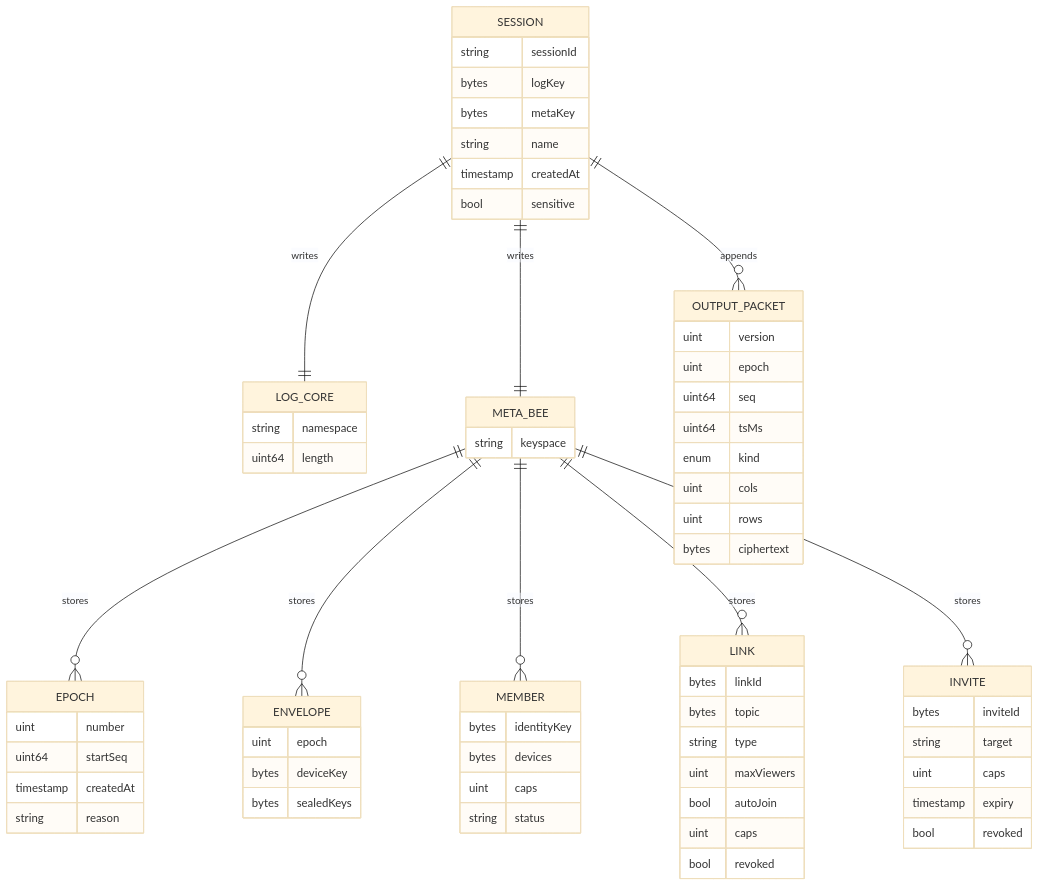
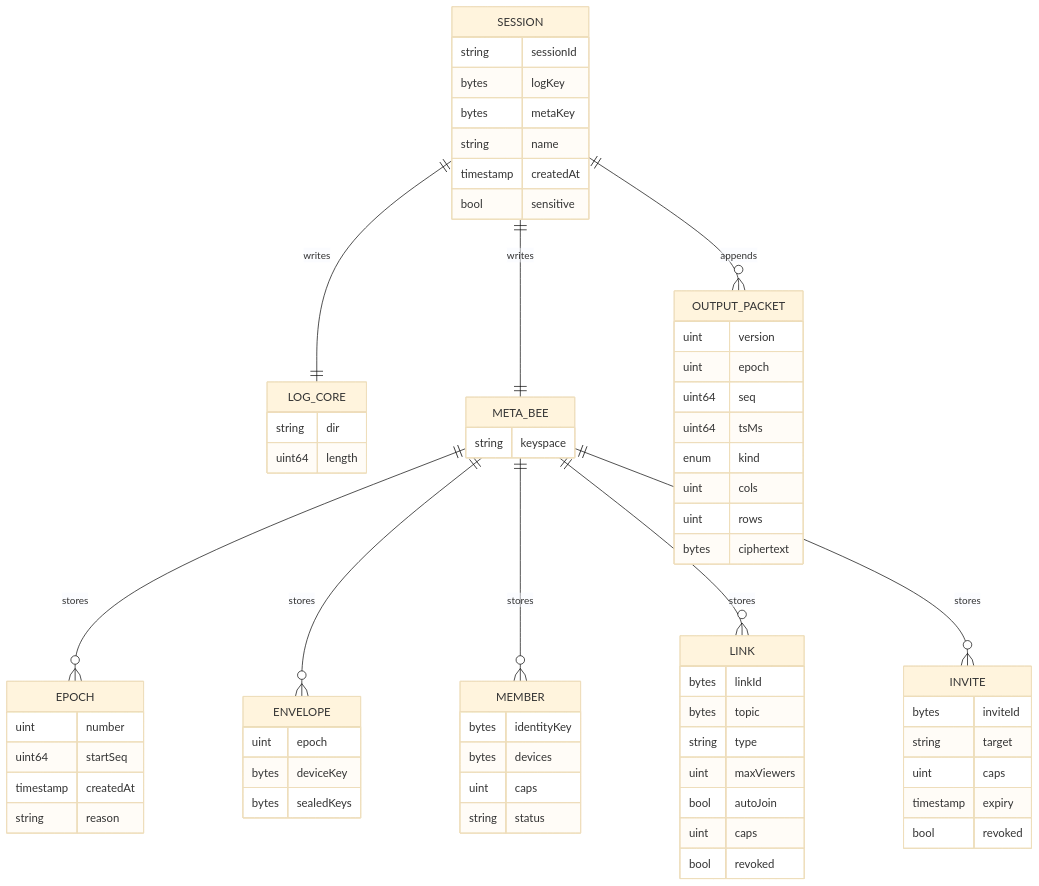
One commit to zevix/zbterm changed the sixth of 19 diagrams in docs/ARCHITECTURE.md. Above: the diagram before and after it, drawn with Mermaid (base theme). The commit also changed other lines of this file and 85 other files, not shown here.

````diff
--- a/docs/ARCHITECTURE.md
+++ b/docs/ARCHITECTURE.md
@@ -576,78 +710,78 @@
 ```mermaid
 erDiagram
   SESSION {
     string sessionId
     bytes logKey
     bytes metaKey
     string name
     timestamp createdAt
     bool sensitive
   }
 
   SESSION ||--|| LOG_CORE : writes
   SESSION ||--|| META_BEE : writes
   SESSION ||--o{ OUTPUT_PACKET : appends
   META_BEE ||--o{ EPOCH : stores
   META_BEE ||--o{ ENVELOPE : stores
   META_BEE ||--o{ MEMBER : stores
   META_BEE ||--o{ LINK : stores
   META_BEE ||--o{ INVITE : stores
 
   LOG_CORE {
-    string namespace
+    string dir
     uint64 length
   }
 
   OUTPUT_PACKET {
     uint version
     uint epoch
     uint64 seq
     uint64 tsMs
     enum kind
     uint cols
     uint rows
     bytes ciphertext
   }
 
   META_BEE {
     string keyspace
   }
 
   EPOCH {
     uint number
     uint64 startSeq
     timestamp createdAt
     string reason
   }
 
   ENVELOPE {
     uint epoch
     bytes deviceKey
     bytes sealedKeys
   }
 
   MEMBER {
     bytes identityKey
     bytes devices
     uint caps
     string status
   }
 
   LINK {
     bytes linkId
     bytes topic
     string type
     uint maxViewers
     bool autoJoin
     uint caps
     bool revoked
   }
 
   INVITE {
     bytes inviteId
     string target
     uint caps
     timestamp expiry
     bool revoked
   }
 ```
````
